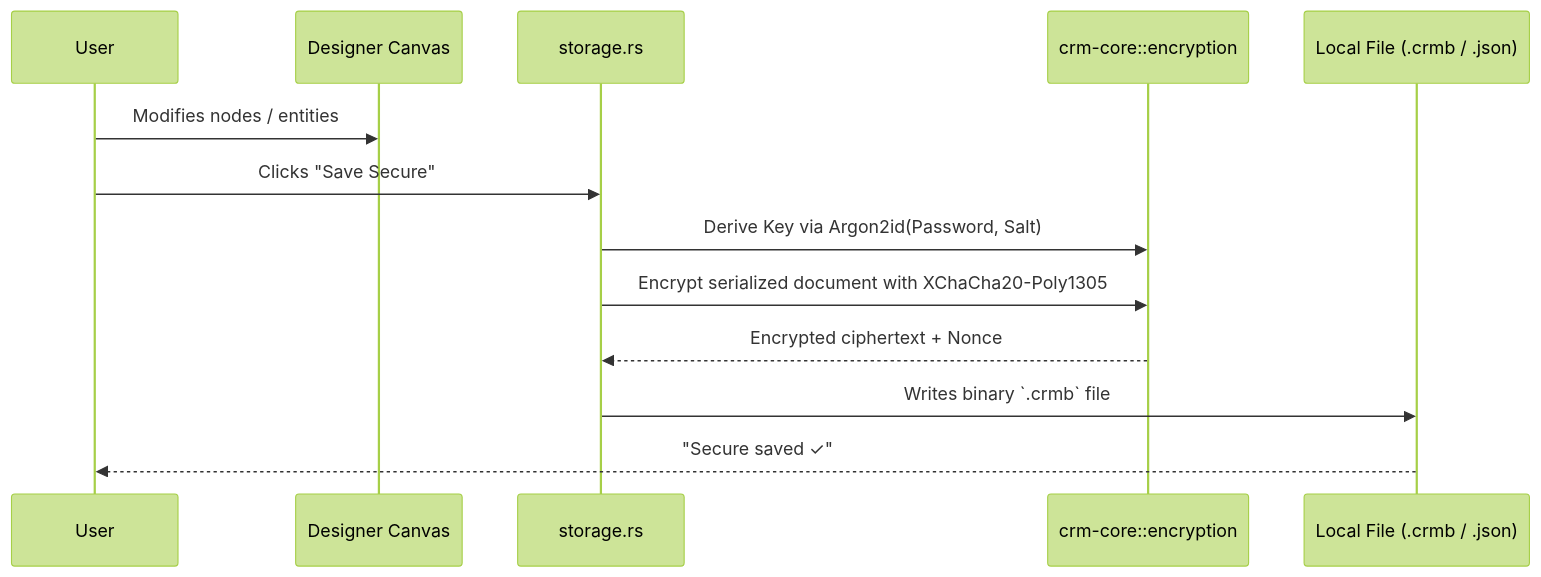
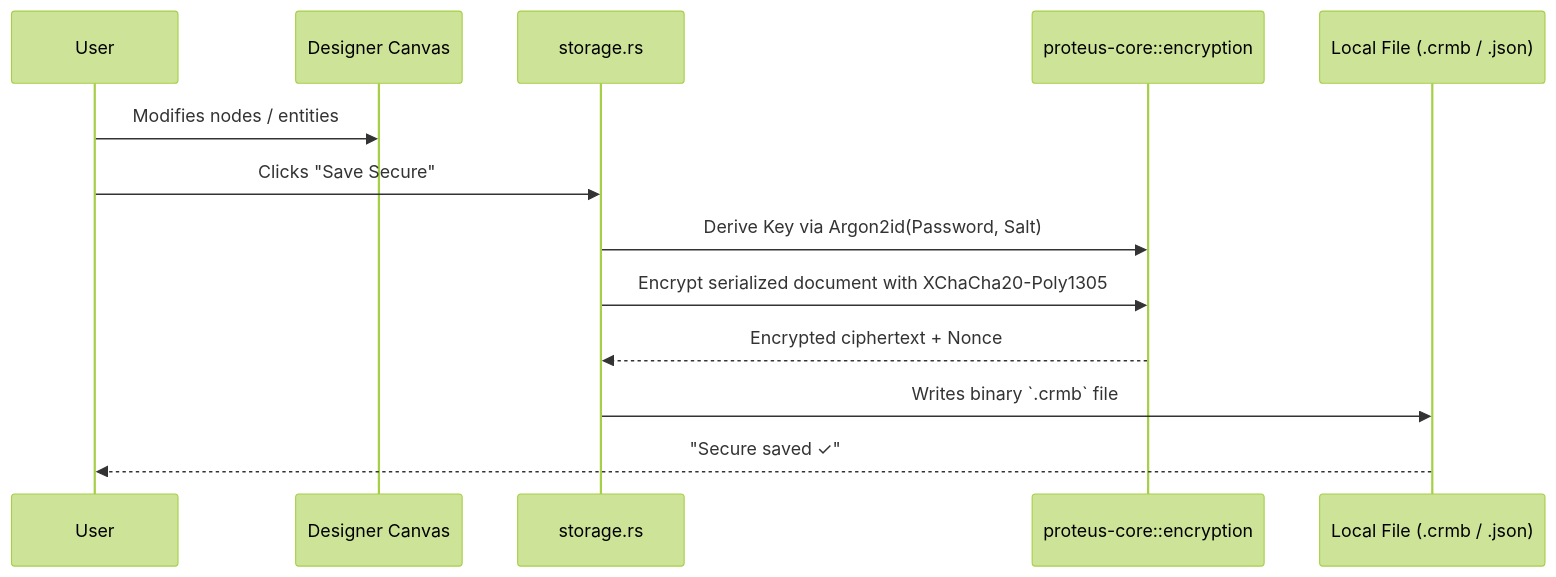
One commit to Siaftoulis/Proteus changed the second of 2 diagrams in vault/Developer/02 - Architecture.md. Above: the diagram before and after it, drawn with Mermaid (forest theme). The commit also changed other lines of this file and 406 other files, not shown here.

````diff
--- a/vault/Developer/02 - Architecture.md
+++ b/vault/Developer/02 - Architecture.md
@@ -105,16 +105,16 @@
 ```mermaid
 sequenceDiagram
     participant User
     participant Designer as Designer Canvas
     participant Storage as storage.rs
-    participant Crypto as crm-core::encryption
+    participant Crypto as proteus-core::encryption
     participant Disk as Local File (.crmb / .json)
 
     User->>Designer: Modifies nodes / entities
     User->>Storage: Clicks "Save Secure"
     Storage->>Crypto: Derive Key via Argon2id(Password, Salt)
     Storage->>Crypto: Encrypt serialized document with XChaCha20-Poly1305
     Crypto-->>Storage: Encrypted ciphertext + Nonce
     Storage->>Disk: Writes binary `.crmb` file
     Disk-->>User: "Secure saved ✓"
 ```
````
